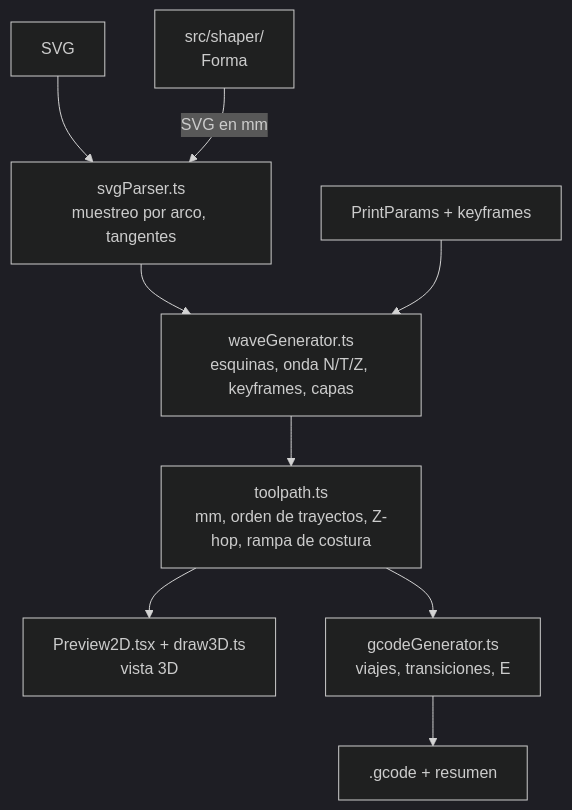
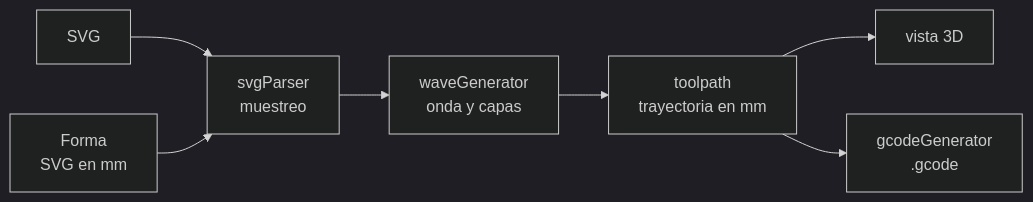
One commit to Cranmellar/barrocode changed the second of 2 diagrams in README.md. Above: the diagram before and after it, drawn with Mermaid (dark theme). The commit also changed other lines of this file and 2 other files, not shown here.

````diff
--- a/README.md
+++ b/README.md
@@ -146,11 +164,9 @@
 ```mermaid
-flowchart TB
-  SVG["SVG"] --> Parse["svgParser.ts<br/>muestreo por arco, tangentes"]
-  Shaper["src/shaper/<br/>Forma"] -- "SVG en mm" --> Parse
-  Parse --> Wave["waveGenerator.ts<br/>esquinas, onda N/T/Z, keyframes, capas"]
-  Params["PrintParams + keyframes"] --> Wave
-  Wave --> Toolpath["toolpath.ts<br/>mm, orden de trayectos, Z-hop, rampa de costura"]
-  Toolpath --> Preview["Preview2D.tsx + draw3D.ts<br/>vista 3D"]
-  Toolpath --> Gcode["gcodeGenerator.ts<br/>viajes, transiciones, E"]
-  Gcode --> File[".gcode + resumen"]
+flowchart LR
+  SVG["SVG"] --> Parse["svgParser<br/>muestreo"]
+  Forma["Forma<br/>SVG en mm"] --> Parse
+  Parse --> Wave["waveGenerator<br/>onda y capas"]
+  Wave --> Tool["toolpath<br/>trayectoria en mm"]
+  Tool --> View["vista 3D"]
+  Tool --> Gcode["gcodeGenerator<br/>.gcode"]
 ```
````
